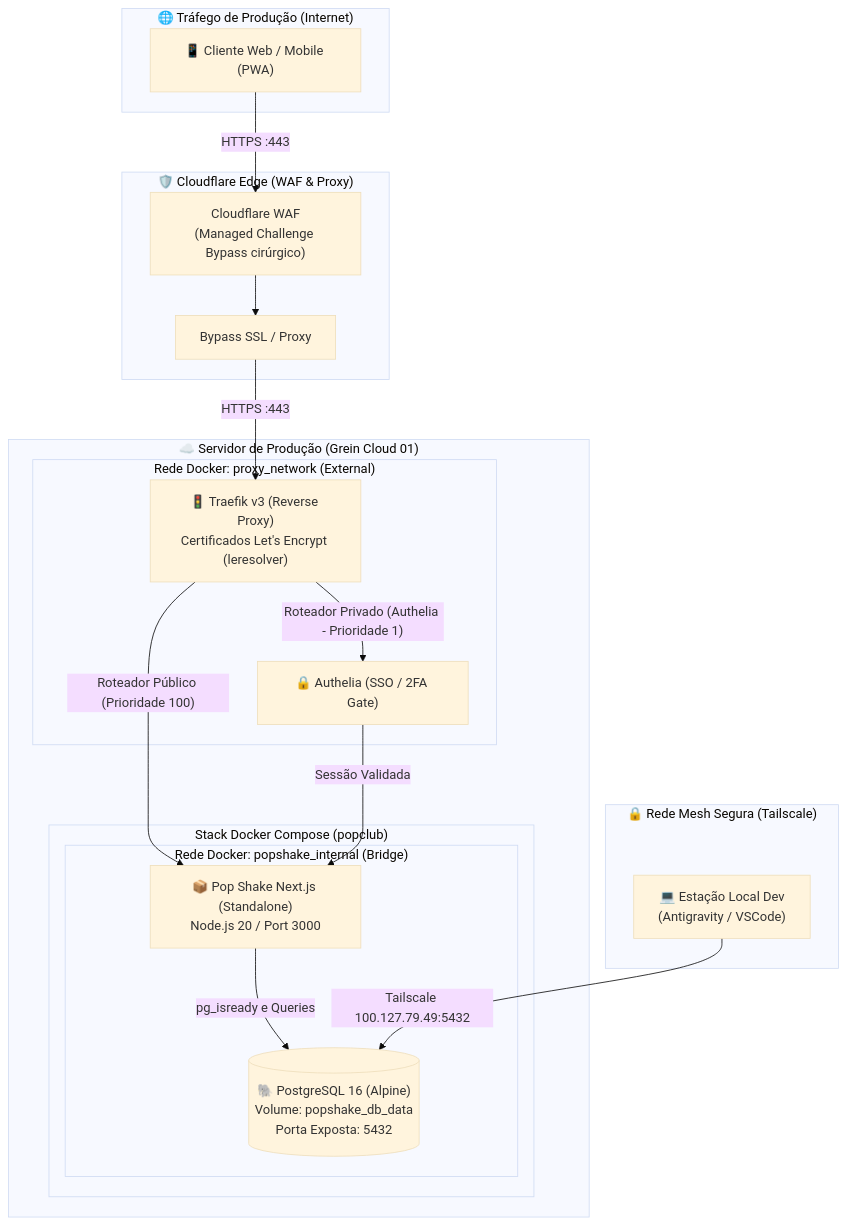
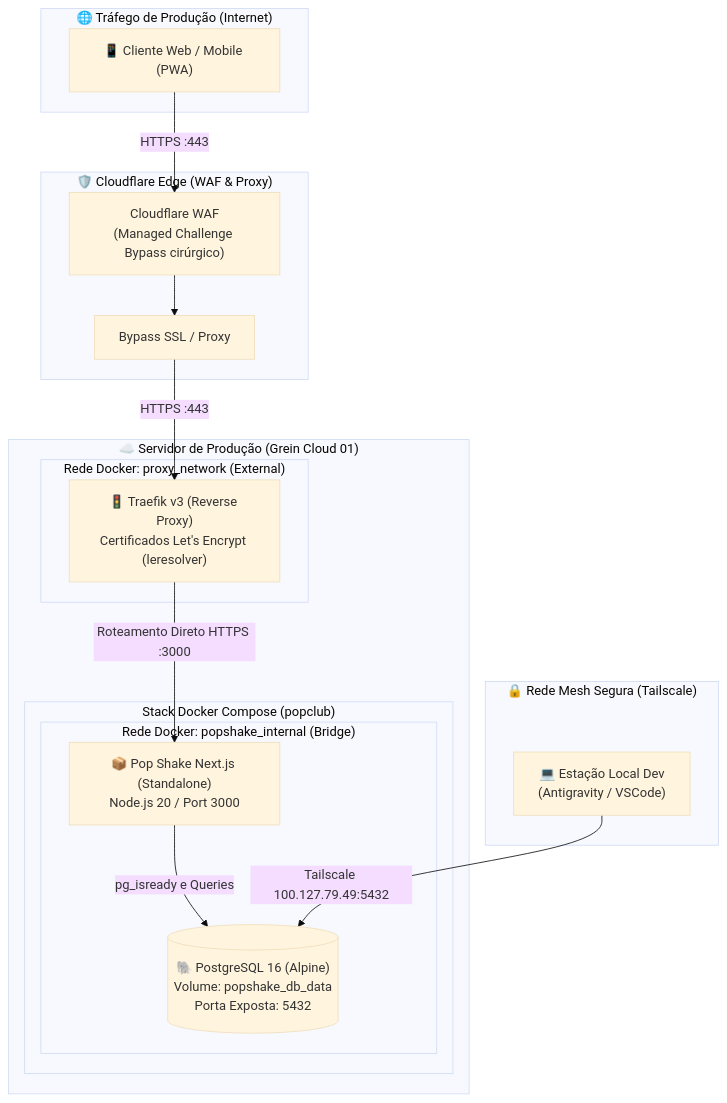
One commit to WiltonGabriel/PopClub changed the diagram in docs/ARCHITECTURE.md. Above: the diagram before and after it, drawn with Mermaid (base theme). The commit also changed other lines of this file and 3 other files, not shown here.

Commit message:
feat(infra): remove Authelia middleware and router split in favor of direct Traefik ingress

````diff
--- a/docs/ARCHITECTURE.md
+++ b/docs/ARCHITECTURE.md
@@ -9,43 +9,40 @@
 ```mermaid
 flowchart TD
     subgraph Internet ["🌐 Tráfego de Produção (Internet)"]
         User["📱 Cliente Web / Mobile (PWA)"]
     end
 
     subgraph CloudflareEdge ["🛡️ Cloudflare Edge (WAF & Proxy)"]
         CF_WAF["Cloudflare WAF\n(Managed Challenge Bypass cirúrgico)"]
         CF_SSL["Bypass SSL / Proxy"]
     end
 
     subgraph Host ["☁️ Servidor de Produção (Grein Cloud 01)"]
         subgraph ProxyNet ["Rede Docker: proxy_network (External)"]
             Traefik["🚦 Traefik v3 (Reverse Proxy)\nCertificados Let's Encrypt (leresolver)"]
-            Authelia["🔒 Authelia (SSO / 2FA Gate)"]
         end
 
         subgraph PopshakeStack ["Stack Docker Compose (popclub)"]
             subgraph PopInternal ["Rede Docker: popshake_internal (Bridge)"]
                 App["📦 Pop Shake Next.js (Standalone)\nNode.js 20 / Port 3000"]
                 DB[("🐘 PostgreSQL 16 (Alpine)\nVolume: popshake_db_data\nPorta Exposta: 5432")]
             end
         end
     end
 
     subgraph TailscaleVPN ["🔒 Rede Mesh Segura (Tailscale)"]
         Dev["💻 Estação Local Dev\n(Antigravity / VSCode)"]
     end
 
     %% Conexões de Produção
     User -->|"HTTPS :443"| CF_WAF
     CF_WAF --> CF_SSL
     CF_SSL -->|"HTTPS :443"| Traefik
-    Traefik -->|"Roteador Público (Prioridade 100)"| App
-    Traefik -->|"Roteador Privado (Authelia - Prioridade 1)"| Authelia
-    Authelia -->|"Sessão Validada"| App
+    Traefik -->|"Roteamento Direto HTTPS :3000"| App
 
     %% Conexões Internas
     App -->|"pg_isready e Queries"| DB
 
     %% Conexão de Desenvolvimento via Tailscale
     Dev -->|"Tailscale 100.127.79.49:5432"| DB
 ```
````
